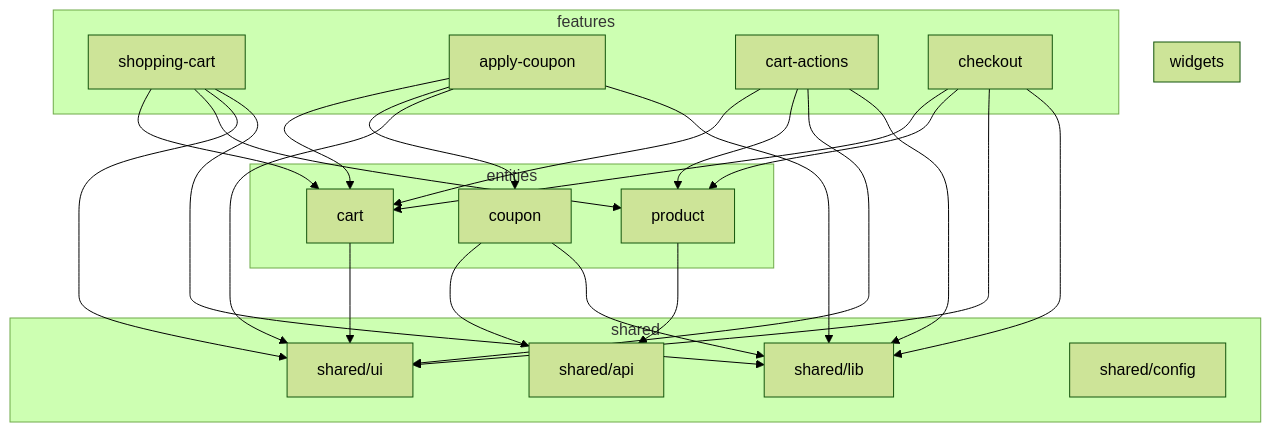
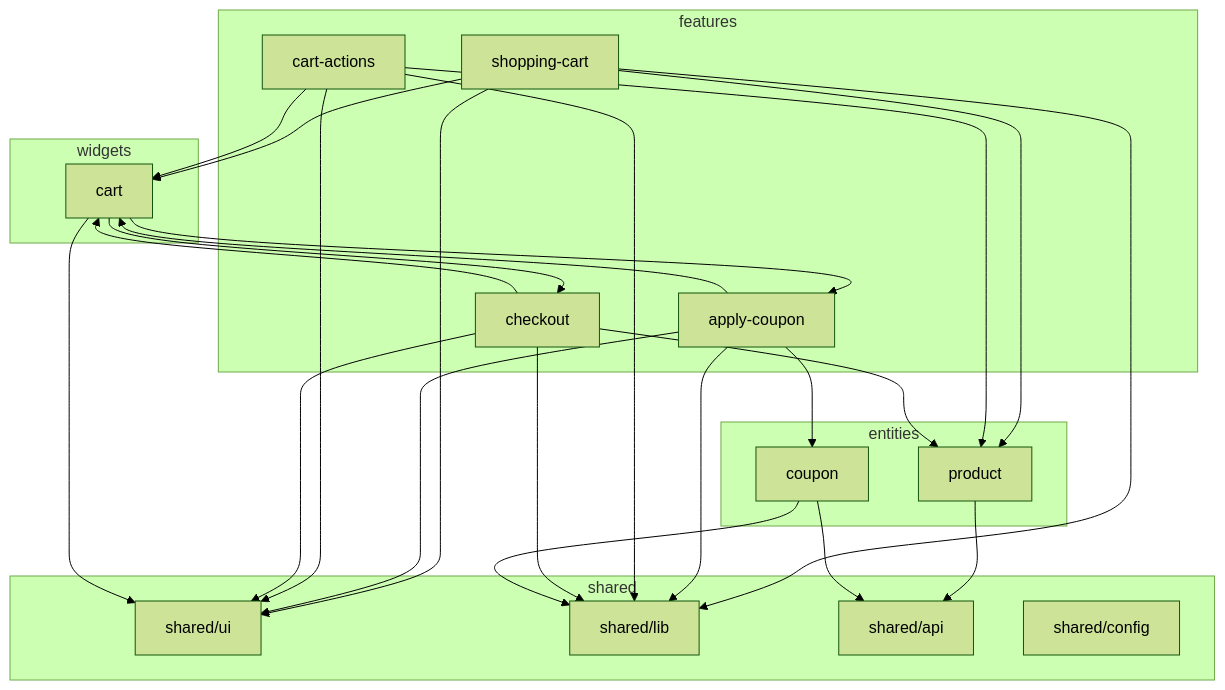
The second of 2 diagrams in ARCHITECTURE.md (PavelPetrovich87/fsd-shopping-cart), drawn with Mermaid (forest theme) before and after one commit.

Commit message:
docs: document cart widget dependencies in architecture graph

````diff
--- a/ARCHITECTURE.md
+++ b/ARCHITECTURE.md
@@ -65,46 +65,49 @@
 ```mermaid
 graph TD
     subgraph widgets
+        cart
     end
 
     subgraph features
         shopping-cart
         apply-coupon
         cart-actions
         checkout
     end
 
     subgraph entities
         product
         cart
         coupon
     end
 
     subgraph shared
         shared/ui
         shared/lib
         shared/api
         shared/config
     end
 
     shopping-cart --> cart
     shopping-cart --> product
     shopping-cart --> shared/ui
     shopping-cart --> shared/lib
     apply-coupon --> cart
     apply-coupon --> coupon
     apply-coupon --> shared/ui
     apply-coupon --> shared/lib
     cart-actions --> cart
     cart-actions --> product
     cart-actions --> shared/ui
     cart-actions --> shared/lib
     checkout --> cart
     checkout --> product
     checkout --> shared/ui
     checkout --> shared/lib
     product --> shared/api
     coupon --> shared/api
     coupon --> shared/lib
+    cart --> apply-coupon
+    cart --> checkout
     cart --> shared/ui
 ```
````
